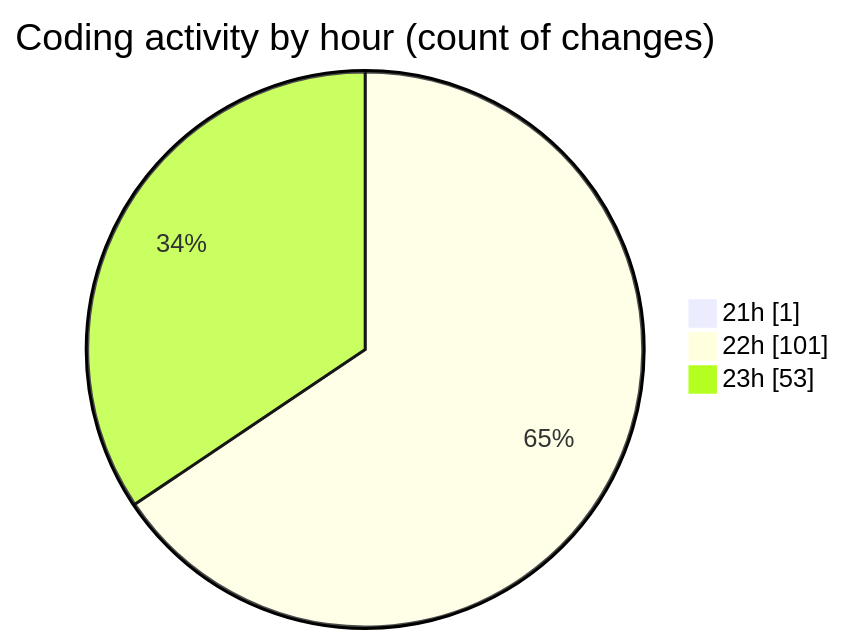
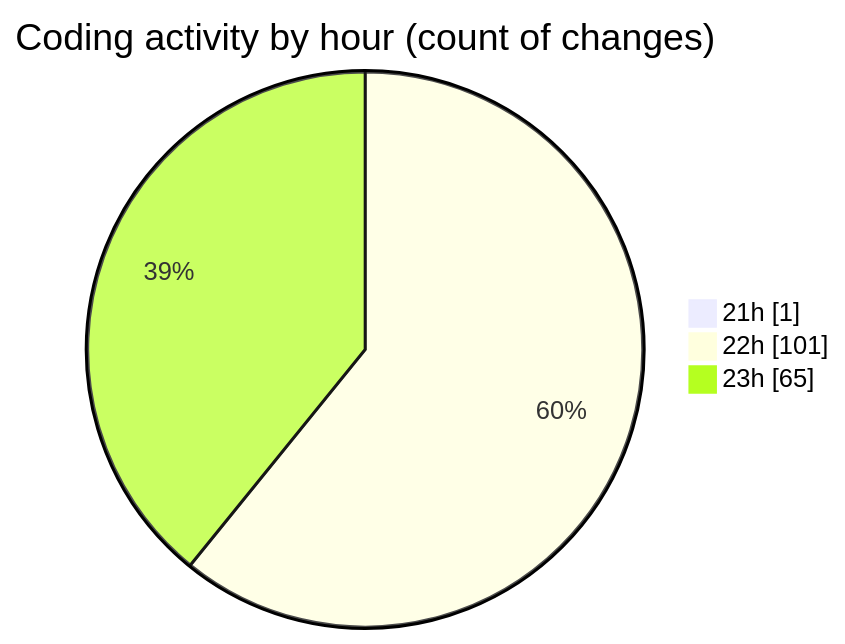
One commit to Unknowalive/code-tracking changed the second of 2 diagrams in 2026-04-07/t2s/README.md. Above: the diagram before and after it, drawn with Mermaid. The commit also changed other lines of this file and 1 other file, not shown here.

````diff
--- a/2026-04-07/t2s/README.md
+++ b/2026-04-07/t2s/README.md
@@ -117,7 +121,7 @@
 ```mermaid
 pie showData
 title Coding activity by hour (count of changes)
 "21h" : 1
 "22h" : 101
-"23h" : 53
+"23h" : 65
 ```
````
